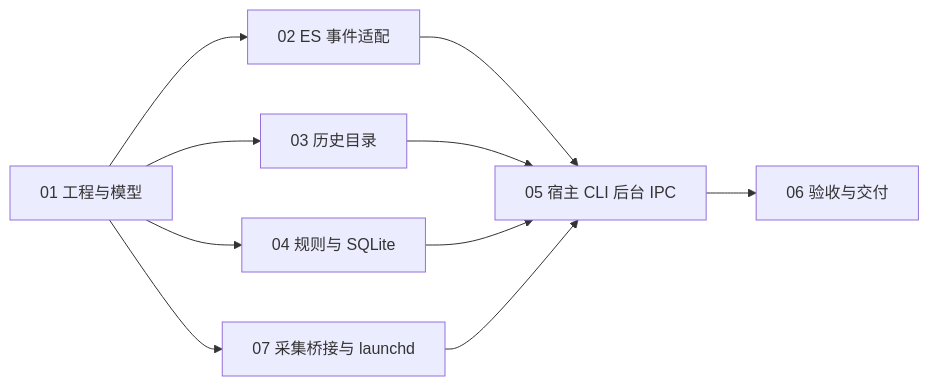
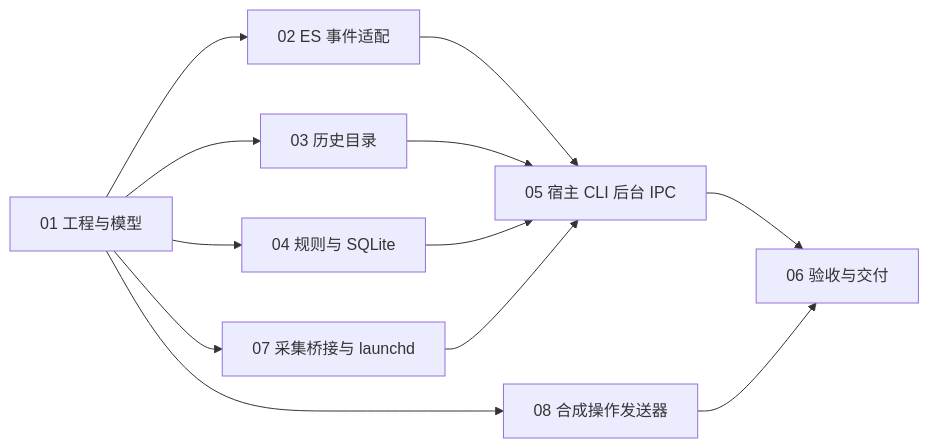
One commit to lolipop-1x1/CodePerimeter changed the diagram in .scratch/activity-monitor-mvp/implementation-contract.md. Above: the diagram before and after it, drawn with Mermaid. The commit also changed other lines of this file and 2 other files, not shown here.

Commit message:
chore: separate synthetic operations from runtime validation

````diff
--- a/.scratch/activity-monitor-mvp/implementation-contract.md
+++ b/.scratch/activity-monitor-mvp/implementation-contract.md
@@ -8,12 +8,14 @@
 ```mermaid
 flowchart LR
   T01[01 工程与模型] --> T02[02 ES 事件适配]
   T01 --> T03[03 历史目录]
   T01 --> T04[04 规则与 SQLite]
   T01 --> T07[07 采集桥接与 launchd]
+  T01 --> T08[08 合成操作发送器]
   T02 --> T05[05 宿主 CLI 后台 IPC]
   T03 --> T05
   T04 --> T05
   T07 --> T05
   T05 --> T06[06 验收与交付]
+  T08 --> T06
 ```
````
